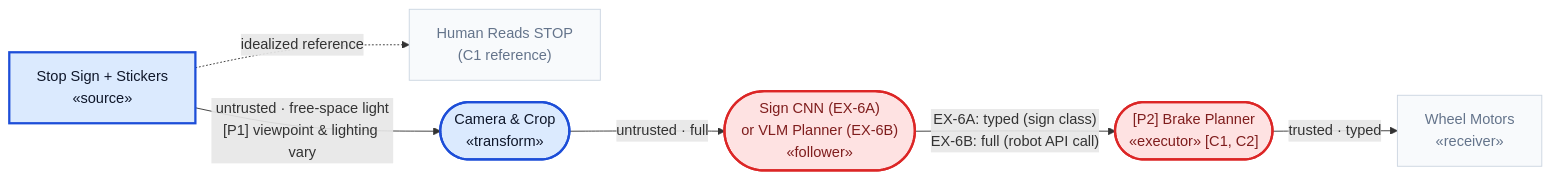
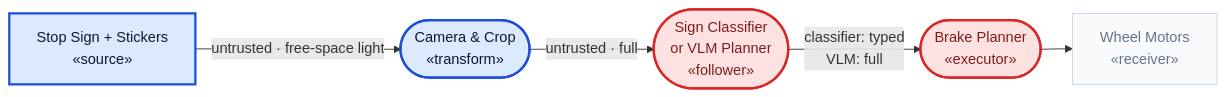
One commit to cosai-oasis/ws4-secure-design-agentic-systems changed diagram 11 of 12 in whitepapers/modality_agnostic_taxonomy.md. Above: the diagram before and after it, drawn with Mermaid. The commit also changed other lines of this file, not shown here.

````diff
--- a/whitepapers/modality_agnostic_taxonomy.md
+++ b/whitepapers/modality_agnostic_taxonomy.md
@@ -1111,13 +1033,13 @@
 ```mermaid
 %%{init: {"flowchart": {"nodeSpacing": 24, "rankSpacing": 35}}}%%
 flowchart LR
-    SGN["Stop Sign + Stickers<br/>«source»"]:::added -. "idealized reference" .-> REF["Human Reads STOP<br/>(C1 reference)"]:::muted
-    SGN -- "untrusted · free-space light<br/>[P1] viewpoint & lighting vary" --> CAM(["Camera & Crop<br/>«transform»"]):::added
-    CAM -- "untrusted · full" --> PER(["Sign CNN (EX-6A)<br/>or VLM Planner (EX-6B)<br/>«follower»"]):::exposed
-    PER -- "EX-6A: typed (sign class)<br/>EX-6B: full (robot API call)" --> BRK(["[P2] Brake Planner<br/>«executor» [C1, C2]"]):::exposed
-    BRK -- "trusted · typed" --> MOT["Wheel Motors<br/>«receiver»"]:::muted
+    SGN["Stop Sign + Stickers<br/>«source»"]:::added
+    SGN -- "untrusted · free-space light" --> CAM(["Camera & Crop<br/>«transform»"]):::added
+    CAM -- "untrusted · full" --> PER(["Sign Classifier<br/>or VLM Planner<br/>«follower»"]):::exposed
+    PER -- "classifier: typed<br/>VLM: full" --> BRK(["Brake Planner<br/>«executor»"]):::exposed
+    BRK --> MOT["Wheel Motors<br/>«receiver»"]:::muted
 
     classDef muted fill:#f8fafc,stroke:#cbd5e1,stroke-width:1px,color:#64748b
     classDef added fill:#dbeafe,stroke:#1d4ed8,stroke-width:2.5px,color:#0f172a
     classDef exposed fill:#fee2e2,stroke:#dc2626,stroke-width:2.5px,color:#7f1d1d
 ```
````
